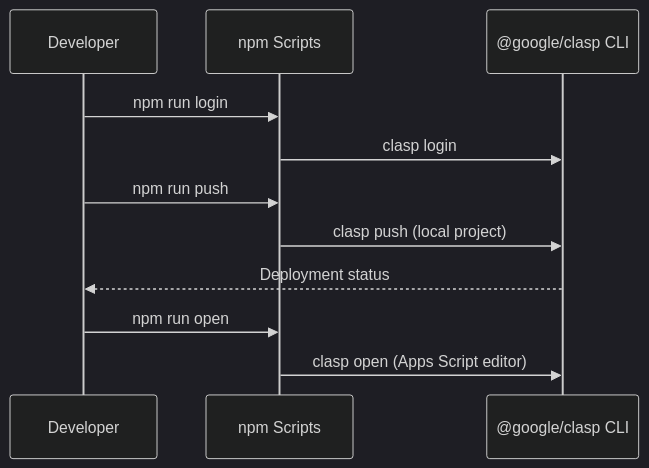
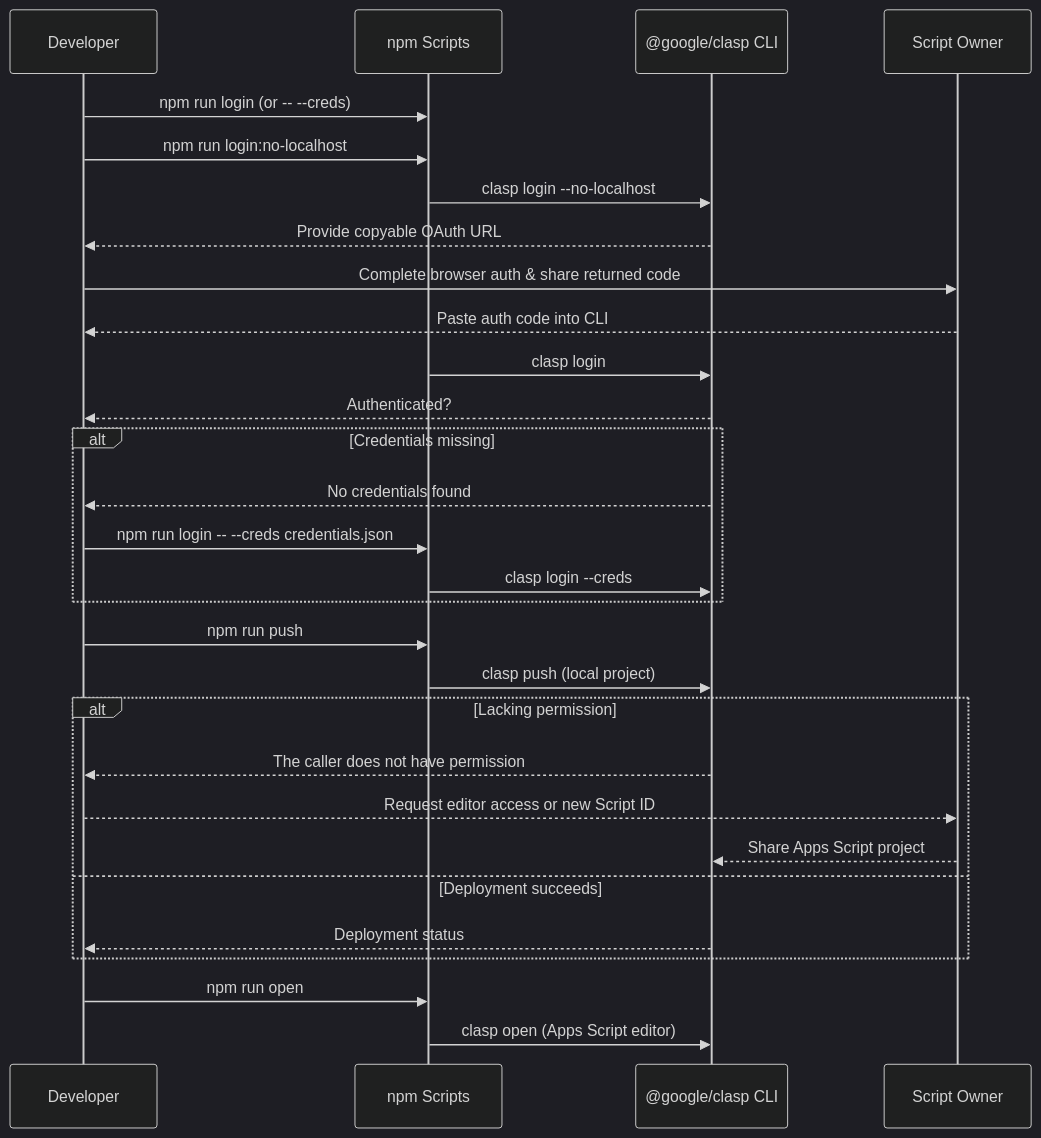
Before and after one commit to muyueh/hello-claps: the third of 5 diagrams in README.md, drawn with Mermaid (dark theme). The commit also changed other lines of this file and 2 other files, not shown here.

Commit message:
docs: document clasp credential persistence

````diff
--- a/README.md
+++ b/README.md
@@ -21,13 +39,31 @@
 ```mermaid
 sequenceDiagram
   participant Dev as Developer
   participant NPM as npm Scripts
   participant Clasp as @google/clasp CLI
-  Dev->>NPM: npm run login
+  participant Owner as Script Owner
+  Dev->>NPM: npm run login (or -- --creds)
+  Dev->>NPM: npm run login:no-localhost
+  NPM->>Clasp: clasp login --no-localhost
+  Clasp-->>Dev: Provide copyable OAuth URL
+  Dev->>Owner: Complete browser auth & share returned code
+  Owner-->>Dev: Paste auth code into CLI
   NPM->>Clasp: clasp login
+  Clasp-->>Dev: Authenticated?
+  alt Credentials missing
+    Clasp-->>Dev: No credentials found
+    Dev->>NPM: npm run login -- --creds credentials.json
+    NPM->>Clasp: clasp login --creds
+  end
   Dev->>NPM: npm run push
   NPM->>Clasp: clasp push (local project)
-  Clasp-->>Dev: Deployment status
+  alt Lacking permission
+    Clasp-->>Dev: The caller does not have permission
+    Dev-->>Owner: Request editor access or new Script ID
+    Owner-->>Clasp: Share Apps Script project
+  else Deployment succeeds
+    Clasp-->>Dev: Deployment status
+  end
   Dev->>NPM: npm run open
   NPM->>Clasp: clasp open (Apps Script editor)
 ```
````
